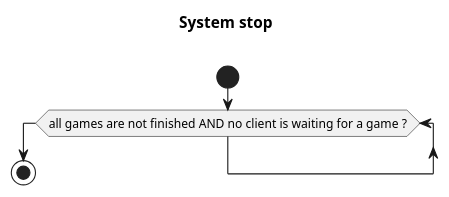
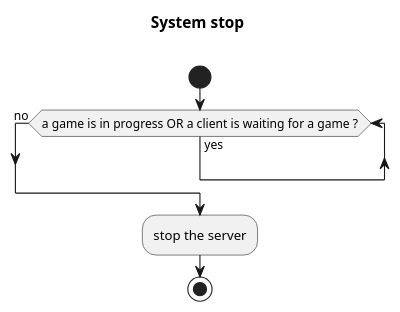
One commit to theray1/Les-Colons-De-Catane changed the diagram in catan-doc/modules/architecture/pages/systemStopActivityDiagram.adoc. Above: the diagram before and after it, drawn with PlantUML.

```diff
--- a/catan-doc/modules/architecture/pages/systemStopActivityDiagram.adoc
+++ b/catan-doc/modules/architecture/pages/systemStopActivityDiagram.adoc
@@ -1,15 +1,17 @@
 [plantuml]
 ....
 @startuml
 
 title System stop \n
 
 start
 
-while (all games are not finished AND no client is waiting for a game ?) 
-endwhile
+while (a game is in progress OR a client is waiting for a game ?) is (yes) 
+endwhile (no)
+
+:stop the server;
 
 stop
 
 @enduml
 ....
```
